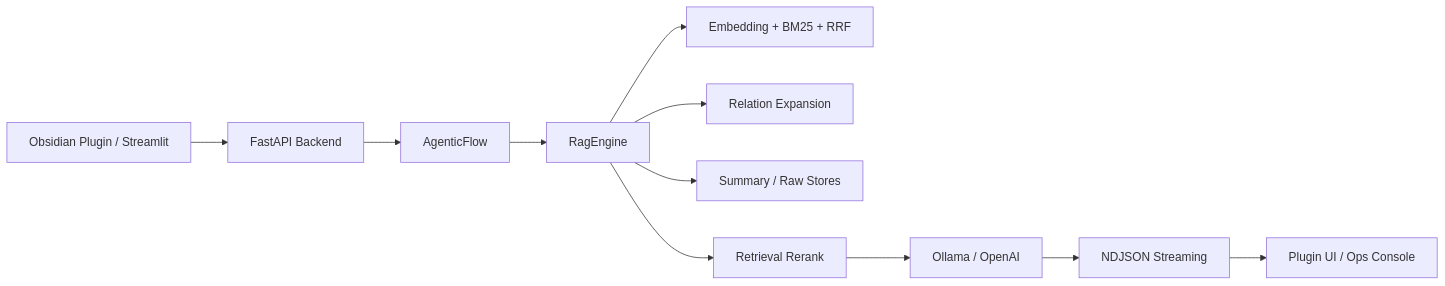
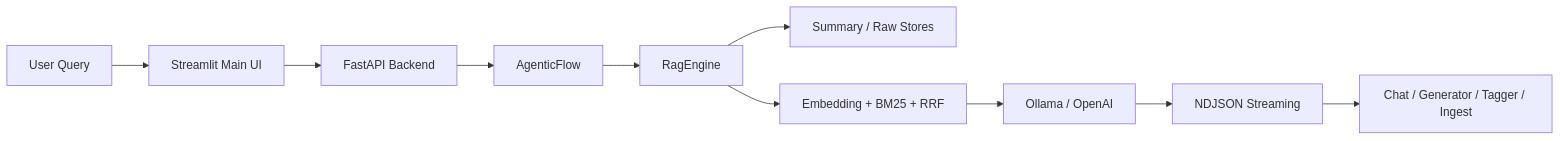
Before and after one commit to Sichanvisit/Sichanvisit.github.io: the diagram in _portfolio/obsidian-rag.md, drawn with Mermaid. The commit also changed other lines of this file and 13 other files, not shown here.

````diff
--- a/_portfolio/obsidian-rag.md
+++ b/_portfolio/obsidian-rag.md
@@ -33,13 +33,12 @@
 ```mermaid
 flowchart LR
-    User["Obsidian Plugin / Streamlit"] --> API["FastAPI Backend"]
+    User["User Query"] --> UI["Streamlit Main UI"]
+    UI --> API["FastAPI Backend"]
     API --> Flow["AgenticFlow"]
     Flow --> Search["RagEngine"]
+    Search --> Stores["Summary / Raw Stores"]
     Search --> Hybrid["Embedding + BM25 + RRF"]
-    Search --> Relation["Relation Expansion"]
-    Search --> Stores["Summary / Raw Stores"]
-    Search --> Rerank["Retrieval Rerank"]
-    Rerank --> LLM["Ollama / OpenAI"]
+    Hybrid --> LLM["Ollama / OpenAI"]
     LLM --> Stream["NDJSON Streaming"]
-    Stream --> Client["Plugin UI / Ops Console"]
+    Stream --> Client["Chat / Generator / Tagger / Ingest"]
 ```
````
